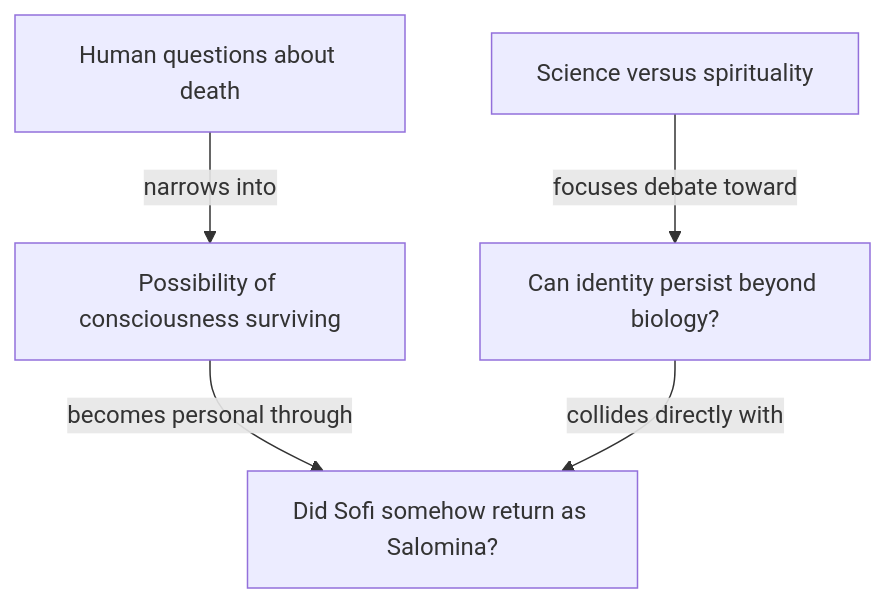
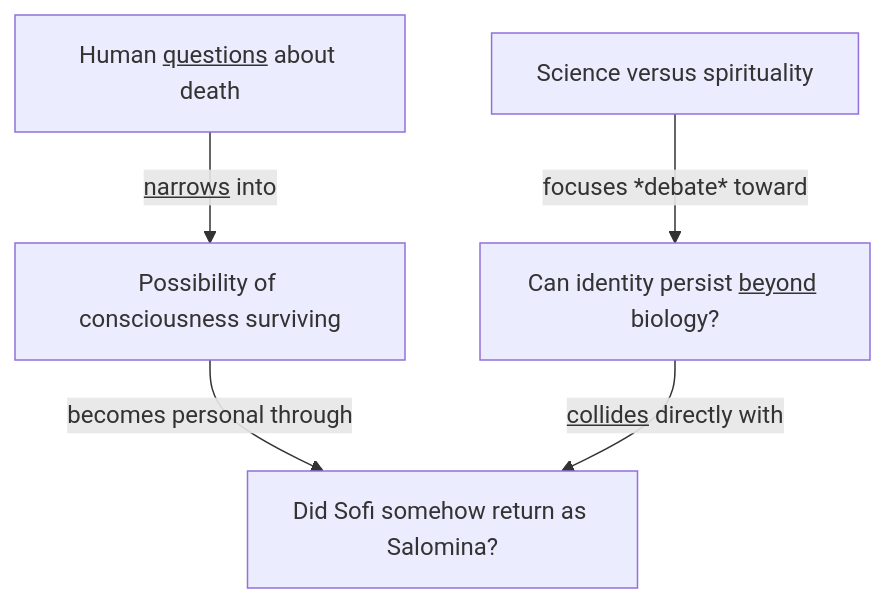
The diagram in src/site/notes/Mermaid diagrams.md (Chaotic16/NabardGarden), drawn with Mermaid before and after one commit. The commit also changed other lines of this file, not shown here.

Commit message:
Published multiple files

````diff
--- a/src/site/notes/Mermaid diagrams.md
+++ b/src/site/notes/Mermaid diagrams.md
@@ -9,8 +9,8 @@
 ```mermaid
 flowchart TD
-    A["Human questions about death"] -->|narrows into| B["Possibility of consciousness surviving"]
-    C["Science versus spirituality"] -->|focuses debate toward| D["Can identity persist beyond biology?"]
+    A["Human <u>questions</u> about death"] -->|<u>narrows</u> into| B["Possibility of consciousness surviving"]
+    C["Science versus spirituality"] -->|focuses *debate* toward| D["Can identity persist <u>beyond</u> biology?"]
     B -->|becomes personal through| E["Did Sofi somehow return as Salomina?"]
-    D -->|collides directly with| E
+    D -->|<u>collides</u> directly with| E
 
 ```
````
